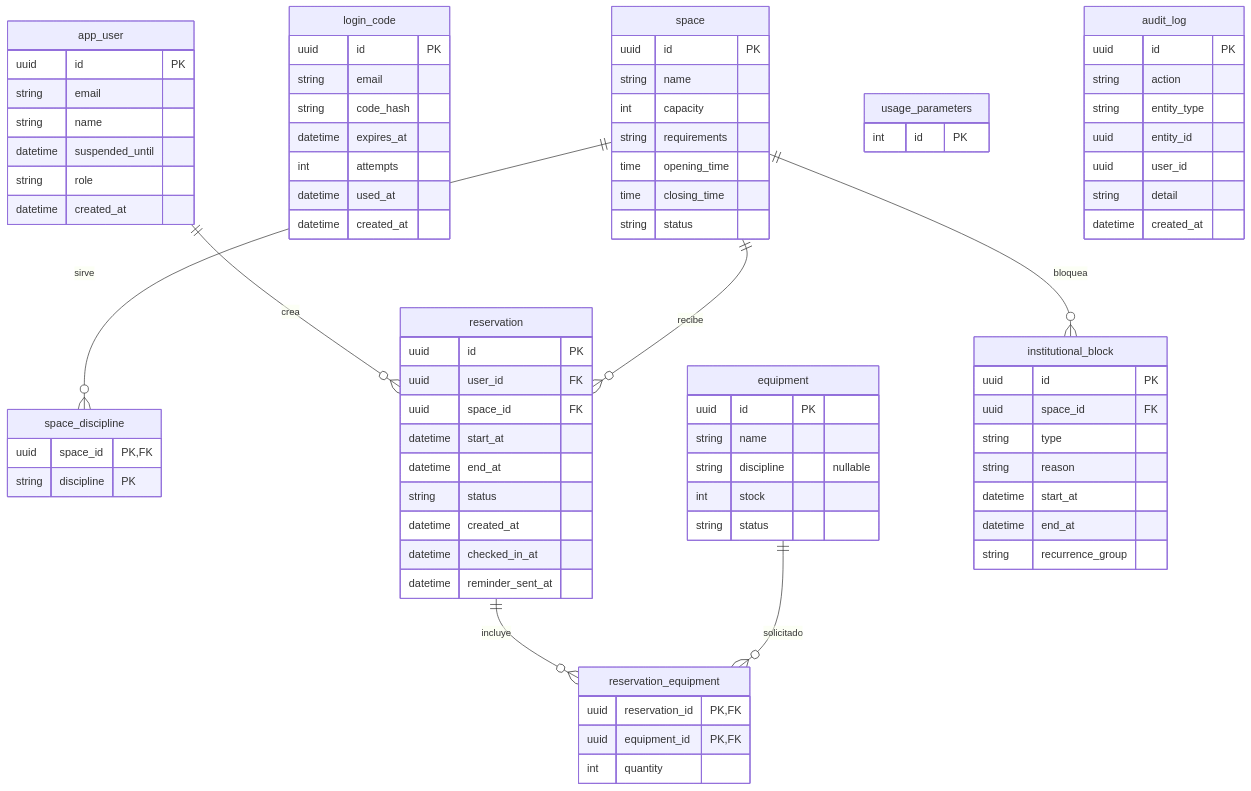
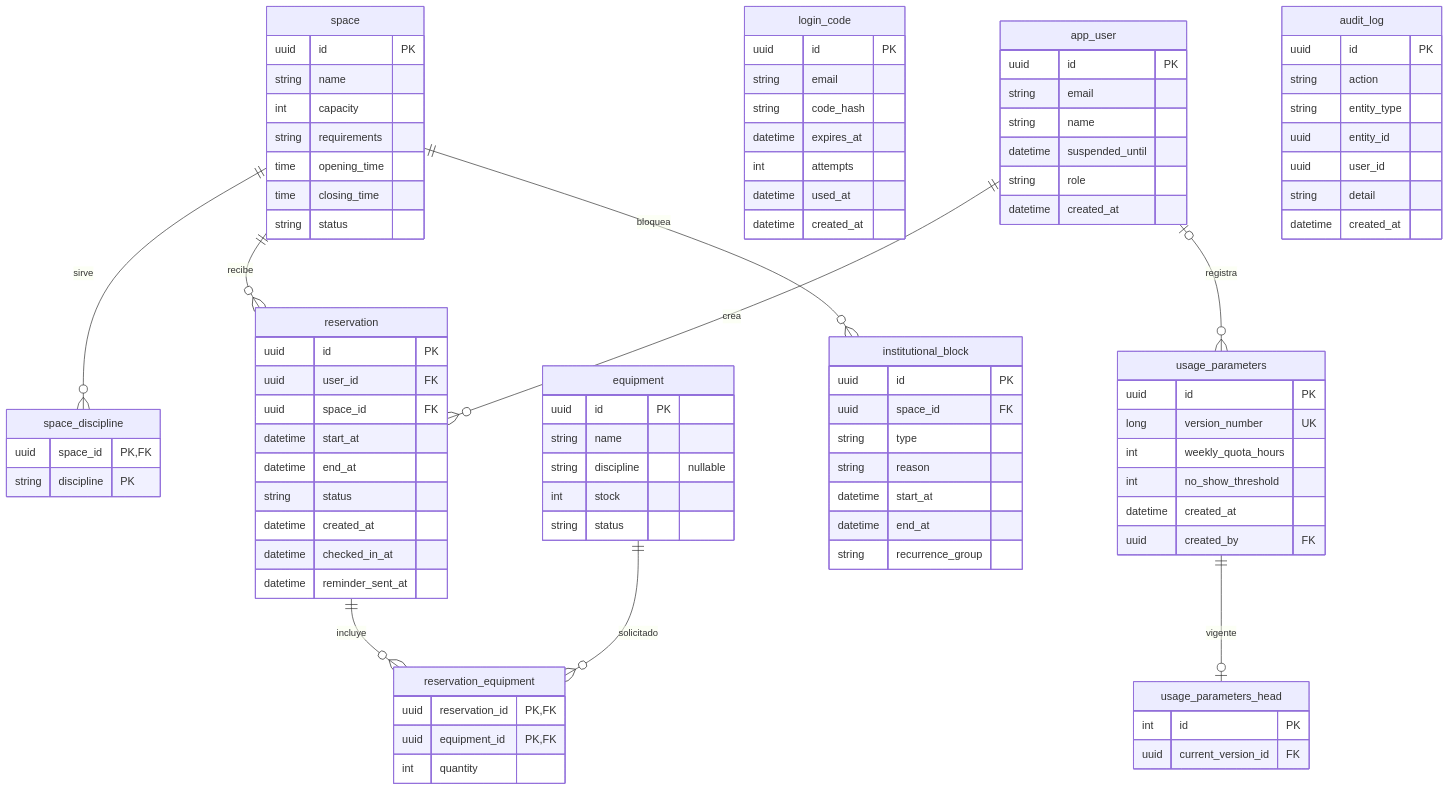
The second of 5 diagrams in docs/techincal-plan/plan-general.md (SebasTK2008/Unimag-Deportes), drawn with Mermaid before and after one commit. The commit also changed other lines of this file and 19 other files, not shown here.

```diff
--- a/docs/techincal-plan/plan-general.md
+++ b/docs/techincal-plan/plan-general.md
@@ -293,7 +294,16 @@
         string recurrence_group
     }
     usage_parameters {
+        uuid id PK
+        long version_number UK
+        int weekly_quota_hours
+        int no_show_threshold
+        datetime created_at
+        uuid created_by FK
+    }
+    usage_parameters_head {
         int id PK
+        uuid current_version_id FK
     }
     audit_log {
         uuid id PK
@@ -306,6 +316,8 @@
     }
 
     app_user ||--o{ reservation : crea
+    app_user |o--o{ usage_parameters : registra
+    usage_parameters ||--o| usage_parameters_head : vigente
     space ||--o{ space_discipline : sirve
     space ||--o{ reservation : recibe
     space ||--o{ institutional_block : bloquea
```
